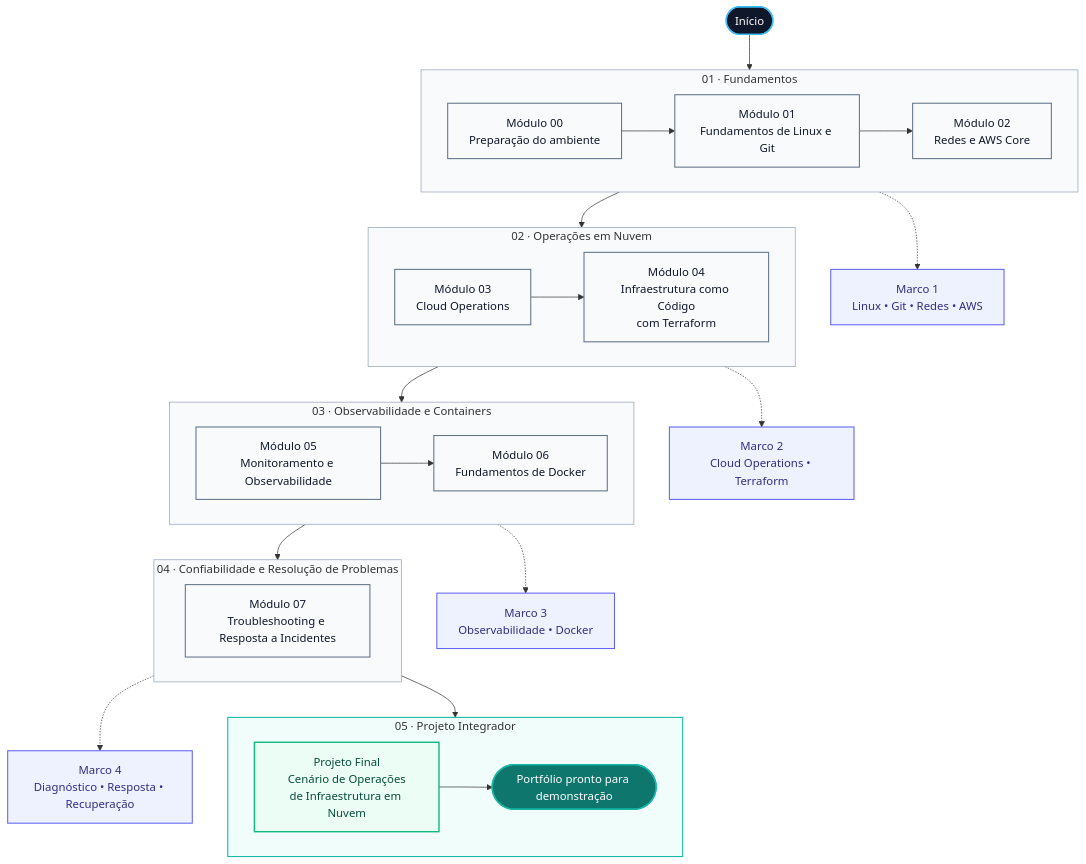
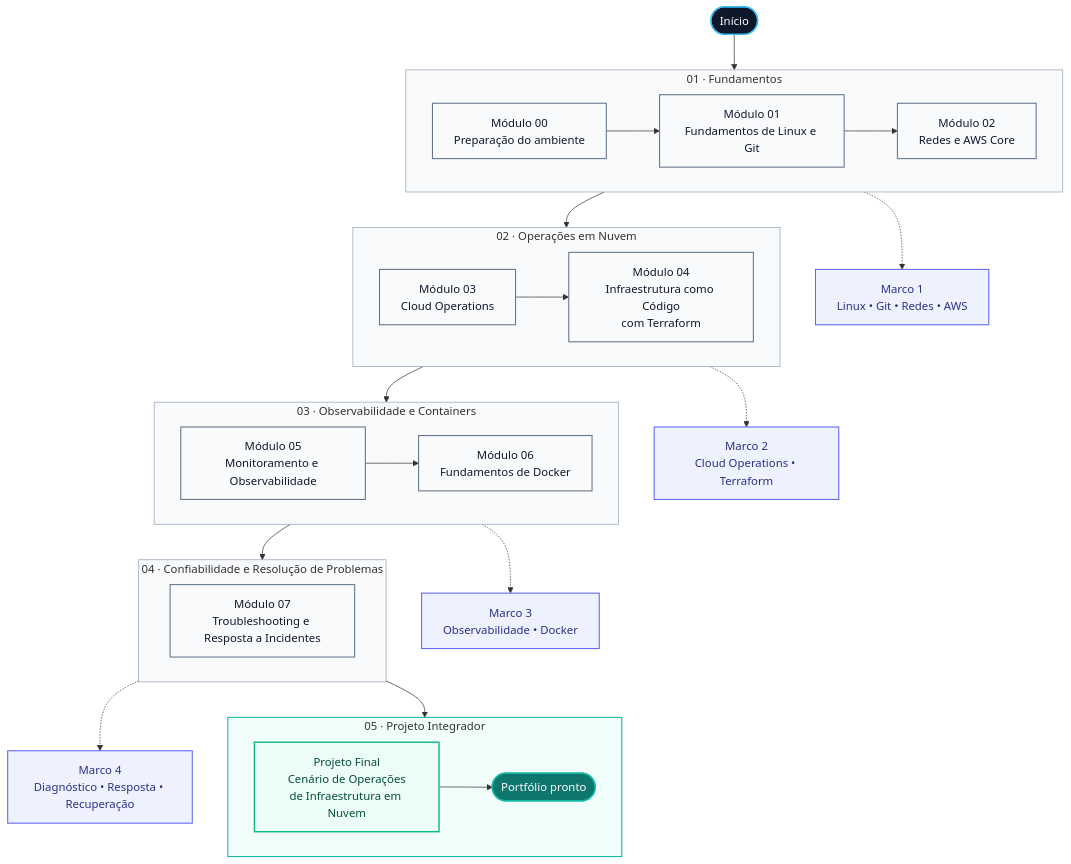
Before and after one commit to itamarsb/cloud-infrastructure-operations-lab: the first of 2 diagrams in docs/roadmap.md, drawn with Mermaid.

````diff
--- a/docs/roadmap.md
+++ b/docs/roadmap.md
@@ -38,72 +38,72 @@
 ```mermaid
 flowchart TB
     START([Início])
 
     subgraph F1["01 · Fundamentos"]
         direction LR
         M00["Módulo 00<br/>Preparação do ambiente"]
         M01["Módulo 01<br/>Fundamentos de Linux e Git"]
         M02["Módulo 02<br/>Redes e AWS Core"]
         M00 --> M01 --> M02
     end
 
     subgraph F2["02 · Operações em Nuvem"]
         direction LR
         M03["Módulo 03<br/>Cloud Operations"]
         M04["Módulo 04<br/>Infraestrutura como Código<br/>com Terraform"]
         M03 --> M04
     end
 
     subgraph F3["03 · Observabilidade e Containers"]
         direction LR
         M05["Módulo 05<br/>Monitoramento e Observabilidade"]
         M06["Módulo 06<br/>Fundamentos de Docker"]
         M05 --> M06
     end
 
     subgraph F4["04 · Confiabilidade e Resolução de Problemas"]
         direction LR
         M07["Módulo 07<br/>Troubleshooting e Resposta a Incidentes"]
     end
 
     subgraph F5["05 · Projeto Integrador"]
         direction LR
         M08["Projeto Final<br/>Cenário de Operações<br/>de Infraestrutura em Nuvem"]
-        DONE([Portfólio pronto para demonstração])
+        DONE([Portfólio pronto])
         M08 --> DONE
     end
 
     START --> M00
     M02 --> M03
     M04 --> M05
     M06 --> M07
     M07 --> M08
 
     C1["Marco 1<br/>Linux • Git • Redes • AWS"]
     C2["Marco 2<br/>Cloud Operations • Terraform"]
     C3["Marco 3<br/>Observabilidade • Docker"]
     C4["Marco 4<br/>Diagnóstico • Resposta • Recuperação"]
 
     M02 -.-> C1
     M04 -.-> C2
     M06 -.-> C3
     M07 -.-> C4
 
     classDef start fill:#0f172a,stroke:#38bdf8,color:#ffffff,stroke-width:2px;
     classDef module fill:#f8fafc,stroke:#64748b,color:#0f172a,stroke-width:1.5px;
     classDef milestone fill:#eef2ff,stroke:#6366f1,color:#312e81,stroke-width:1.5px;
     classDef final fill:#ecfdf5,stroke:#10b981,color:#064e3b,stroke-width:2px;
     classDef finish fill:#0f766e,stroke:#14b8a6,color:#ffffff,stroke-width:2px;
 
     class START start;
     class M00,M01,M02,M03,M04,M05,M06,M07 module;
     class C1,C2,C3,C4 milestone;
     class M08 final;
     class DONE finish;
 
     style F1 fill:#f8fafc,stroke:#94a3b8,stroke-width:1px
     style F2 fill:#f8fafc,stroke:#94a3b8,stroke-width:1px
     style F3 fill:#f8fafc,stroke:#94a3b8,stroke-width:1px
     style F4 fill:#f8fafc,stroke:#94a3b8,stroke-width:1px
     style F5 fill:#f0fdfa,stroke:#14b8a6,stroke-width:1.5px
 ```
````
